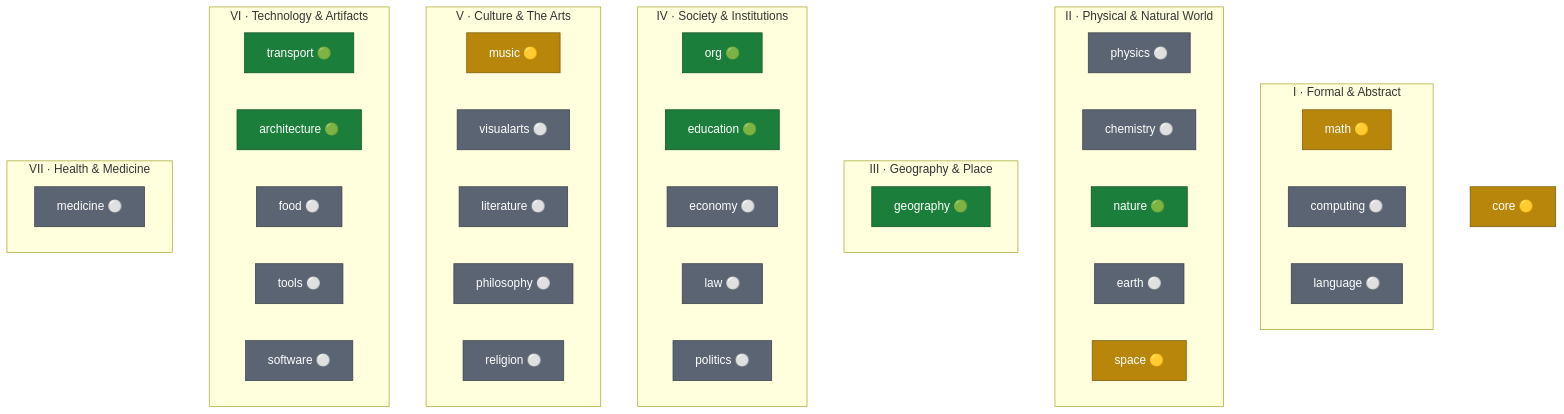
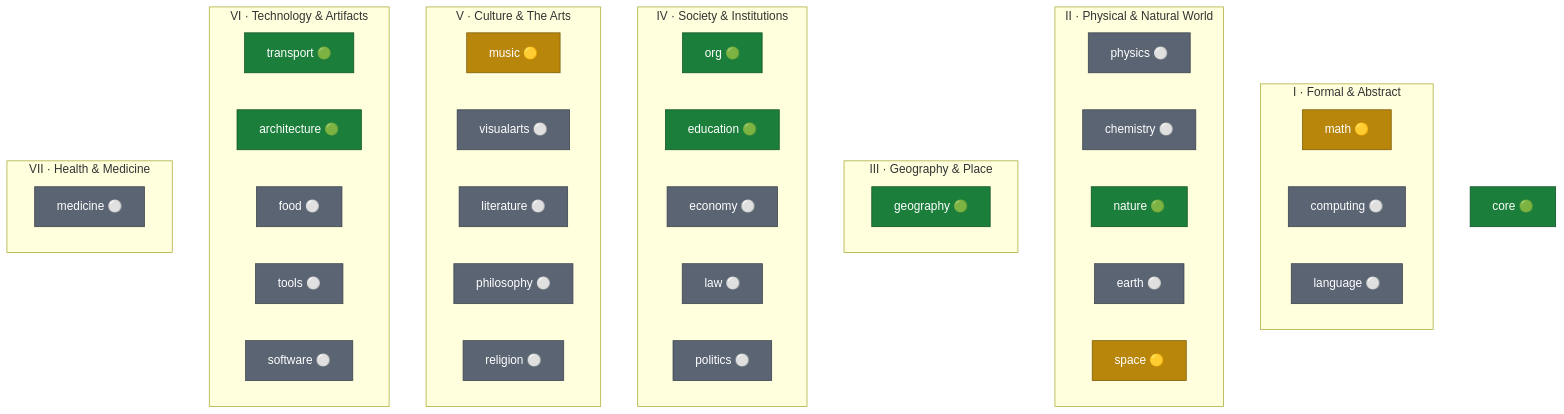
Before and after one commit to WMOOP/wmoop.doc: the first of 2 diagrams in docs/06-domain-taxonomy.md, drawn with Mermaid. The commit also changed other lines of this file and 2 other files, not shown here.

First line of the commit message:
feat(core): seed wmoop.core L0 kernel (v1.0.0)

````diff
--- a/docs/06-domain-taxonomy.md
+++ b/docs/06-domain-taxonomy.md
@@ -167,53 +167,53 @@
 ```mermaid
 flowchart TB
-  core["core 🟡"]:::plan
+  core["core 🟢"]:::seed
 
   subgraph I["I · Formal & Abstract"]
     direction LR
     math["math 🟡"]:::plan
     computing["computing ⚪"]:::cand
     language["language ⚪"]:::cand
   end
   subgraph II["II · Physical & Natural World"]
     direction LR
     physics["physics ⚪"]:::cand
     chemistry["chemistry ⚪"]:::cand
     nature["nature 🟢"]:::seed
     earth["earth ⚪"]:::cand
     space["space 🟡"]:::plan
   end
   subgraph III["III · Geography & Place"]
     geography["geography 🟢"]:::seed
   end
   subgraph IV["IV · Society & Institutions"]
     direction LR
     org["org 🟢"]:::seed
     education["education 🟢"]:::seed
     economy["economy ⚪"]:::cand
     law["law ⚪"]:::cand
     politics["politics ⚪"]:::cand
   end
   subgraph V["V · Culture & The Arts"]
     direction LR
     music["music 🟡"]:::plan
     visualarts["visualarts ⚪"]:::cand
     literature["literature ⚪"]:::cand
     philosophy["philosophy ⚪"]:::cand
     religion["religion ⚪"]:::cand
   end
   subgraph VI["VI · Technology & Artifacts"]
     direction LR
     transport["transport 🟢"]:::seed
     architecture["architecture 🟢"]:::seed
     food["food ⚪"]:::cand
     tools["tools ⚪"]:::cand
     software["software ⚪"]:::cand
   end
   subgraph VII["VII · Health & Medicine"]
     medicine["medicine ⚪"]:::cand
   end
 
   classDef seed fill:#1b7f3b,stroke:#0d5024,color:#fff;
   classDef plan fill:#b8860b,stroke:#7a5a07,color:#fff;
   classDef cand fill:#5a6472,stroke:#3a414b,color:#fff;
 ```
````
